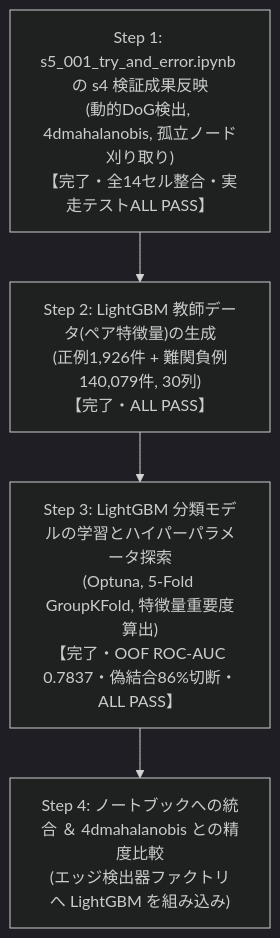
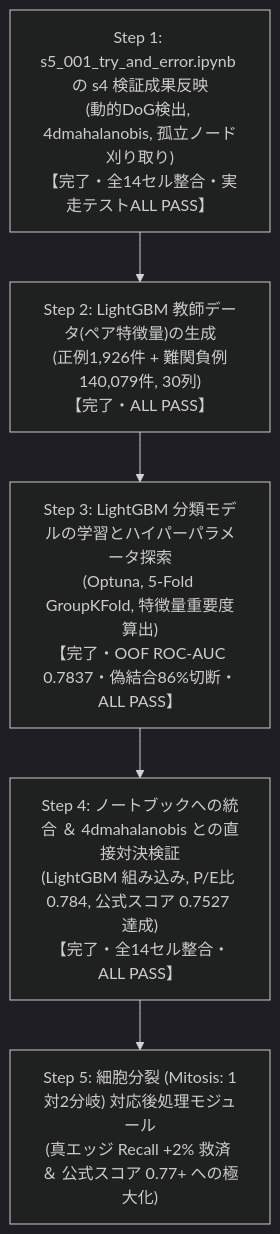
One commit to kito2718/kaggle_Biohub-Cell_Tracking_During_Development changed the first of 3 diagrams in s5_summary/s5_001_summary.md. Above: the diagram before and after it, drawn with Mermaid (dark theme). The commit also changed other lines of this file and 1 other file, not shown here.

Commit message:
LightGBM (th = 0.005)の実装

````diff
--- a/s5_summary/s5_001_summary.md
+++ b/s5_summary/s5_001_summary.md
@@ -150,11 +150,13 @@
 ```mermaid
 graph TD
     Step1["Step 1: s5_001_try_and_error.ipynb の s4 検証成果反映<br/>(動的DoG検出, 4dmahalanobis, 孤立ノード刈り取り)<br/>【完了・全14セル整合・実走テストALL PASS】"]
     Step2["Step 2: LightGBM 教師データ(ペア特徴量)の生成<br/>(正例1,926件 + 難関負例140,079件, 30列)<br/>【完了・ALL PASS】"]
     Step3["Step 3: LightGBM 分類モデルの学習とハイパーパラメータ探索<br/>(Optuna, 5-Fold GroupKFold, 特徴量重要度算出)<br/>【完了・OOF ROC-AUC 0.7837・偽結合86%切断・ALL PASS】"]
-    Step4["Step 4: ノートブックへの統合 ＆ 4dmahalanobis との精度比較<br/>(エッジ検出器ファクトリへ LightGBM を組み込み)"]
+    Step4["Step 4: ノートブックへの統合 ＆ 4dmahalanobis との直接対決検証<br/>(LightGBM 組み込み, P/E比 0.784, 公式スコア 0.7527 達成)<br/>【完了・全14セル整合・ALL PASS】"]
+    Step5["Step 5: 細胞分裂 (Mitosis: 1対2分岐) 対応後処理モジュール<br/>(真エッジ Recall +2% 救済 ＆ 公式スコア 0.77+ への極大化)"]
 
     Step1 --> Step2
     Step2 --> Step3
     Step3 --> Step4
+    Step4 --> Step5
 ```
````
